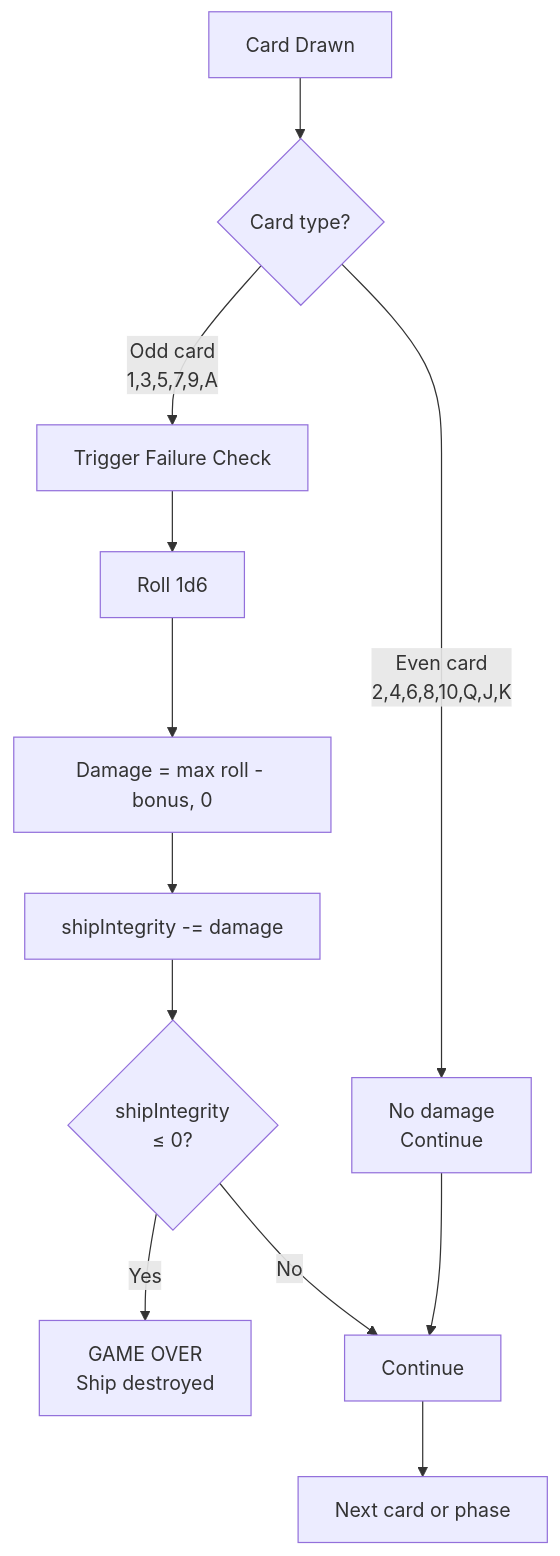
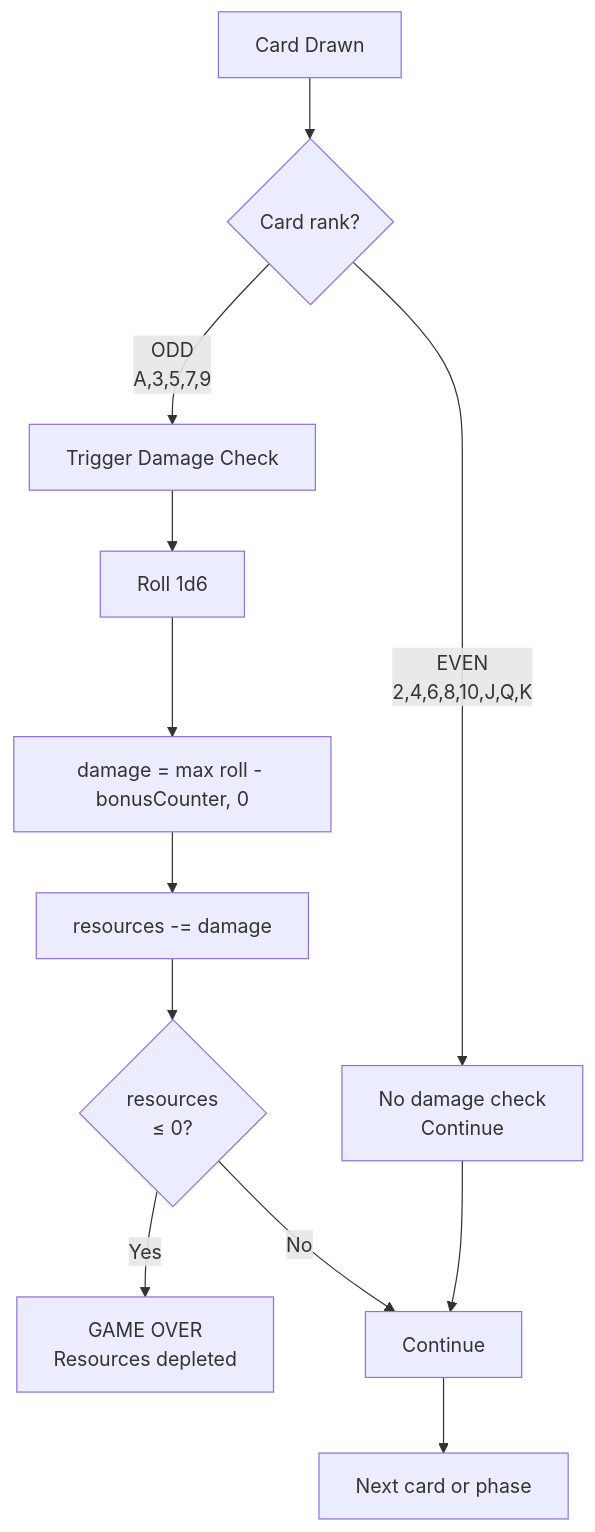
Before and after one commit to dimm-city/dc-solo-rpg: diagram 13 of 13 in docs/wretched-alone-mechanics-guide.md, drawn with Mermaid. The commit also changed other lines of this file, not shown here.

````diff
--- a/docs/wretched-alone-mechanics-guide.md
+++ b/docs/wretched-alone-mechanics-guide.md
@@ -822,18 +708,18 @@
 ```mermaid
 flowchart TB
-    CardDrawn[Card Drawn] --> CheckType{Card type?}
+    CardDrawn[Card Drawn] --> CheckRank{Card rank?}
 
-    CheckType -->|Even card<br/>2,4,6,8,10,Q,J,K| Safe[No damage<br/>Continue]
-    CheckType -->|Odd card<br/>1,3,5,7,9,A| Failure[Trigger Failure Check]
+    CheckRank -->|EVEN<br/>2,4,6,8,10,J,Q,K| Safe[No damage check<br/>Continue]
+    CheckRank -->|ODD<br/>A,3,5,7,9| DamageCheck[Trigger Damage Check]
 
-    Failure --> Roll[Roll 1d6]
-    Roll --> Calc[Damage = max roll - bonus, 0]
-    Calc --> Apply[shipIntegrity -= damage]
+    DamageCheck --> Roll[Roll 1d6]
+    Roll --> Calculate[damage = max roll - bonusCounter, 0]
+    Calculate --> Apply[resources -= damage]
 
-    Apply --> Check{shipIntegrity<br/>≤ 0?}
-    Check -->|Yes| GameOver[GAME OVER<br/>Ship destroyed]
+    Apply --> Check{resources<br/>≤ 0?}
+    Check -->|Yes| GameOver[GAME OVER<br/>Resources depleted]
     Check -->|No| Continue[Continue]
 
     Safe --> Continue
     Continue --> NextCard[Next card or phase]
 ```
````
